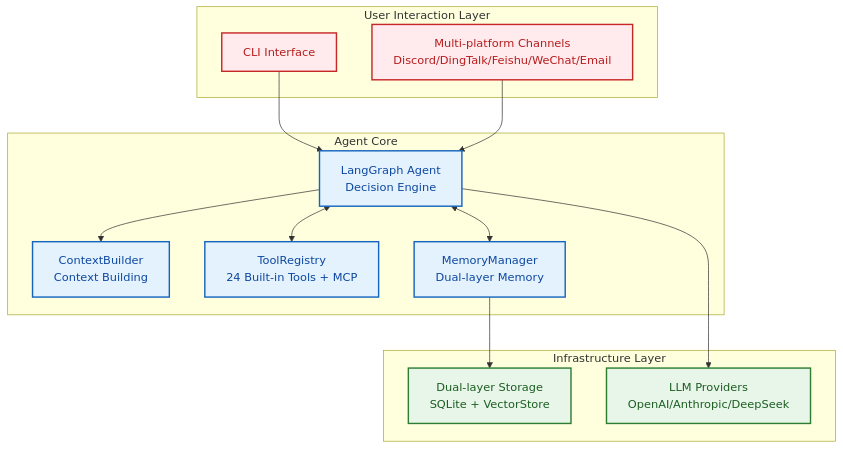
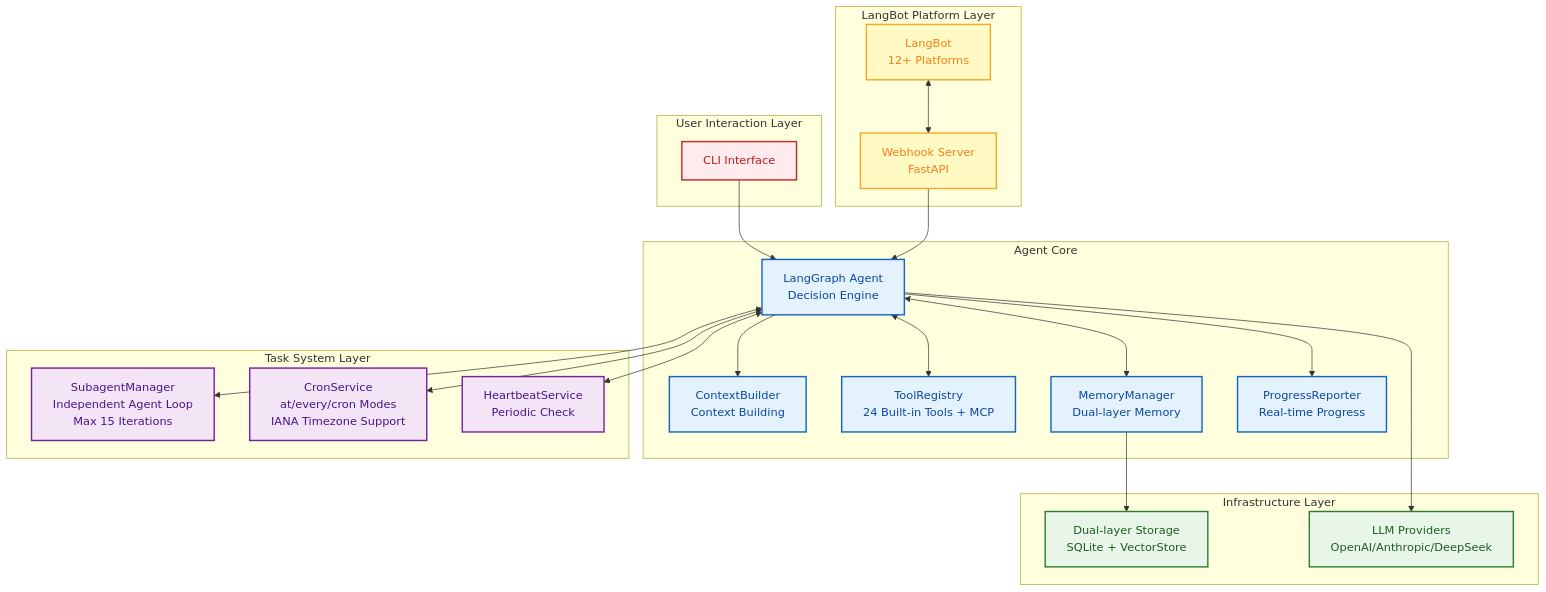
The second of 16 diagrams in README.md (zhangjingyuan177-hue/FinchBot), drawn with Mermaid before and after one commit. The commit also changed other lines of this file and 8 other files, not shown here.

First line of the commit message:
docs: 全面更新文档，反映 CronService 和 SubagentManager 改进

````diff
--- a/README.md
+++ b/README.md
@@ -101,33 +101,51 @@
 ```mermaid
 graph TB
     classDef uiLayer fill:#ffebee,stroke:#c62828,stroke-width:2px,color:#b71c1c;
     classDef coreLayer fill:#e3f2fd,stroke:#1565c0,stroke-width:2px,color:#0d47a1;
+    classDef taskLayer fill:#f3e5f5,stroke:#7b1fa2,stroke-width:2px,color:#4a148c;
     classDef infraLayer fill:#e8f5e9,stroke:#2e7d32,stroke-width:2px,color:#1b5e20;
+    classDef channelLayer fill:#fff9c4,stroke:#f9a825,stroke-width:2px,color:#f57f17;
 
     subgraph UI [User Interaction Layer]
         CLI[CLI Interface]:::uiLayer
-        Channels[Multi-platform Channels<br/>Discord/DingTalk/Feishu/WeChat/Email]:::uiLayer
+    end
+
+    subgraph LangBot [LangBot Platform Layer]
+        Webhook[Webhook Server<br/>FastAPI]:::channelLayer
+        LB[LangBot<br/>12+ Platforms]:::channelLayer
     end
 
     subgraph Core [Agent Core]
         Agent[LangGraph Agent<br/>Decision Engine]:::coreLayer
         Context[ContextBuilder<br/>Context Building]:::coreLayer
         Tools[ToolRegistry<br/>24 Built-in Tools + MCP]:::coreLayer
         Memory[MemoryManager<br/>Dual-layer Memory]:::coreLayer
+        Streaming[ProgressReporter<br/>Real-time Progress]:::coreLayer
+    end
+
+    subgraph Task [Task System Layer]
+        SubagentMgr[SubagentManager<br/>Independent Agent Loop<br/>Max 15 Iterations]:::taskLayer
+        CronSvc[CronService<br/>at/every/cron Modes<br/>IANA Timezone Support]:::taskLayer
+        Heartbeat[HeartbeatService<br/>Periodic Check]:::taskLayer
     end
 
     subgraph Infra [Infrastructure Layer]
         Storage[Dual-layer Storage<br/>SQLite + VectorStore]:::infraLayer
         LLM[LLM Providers<br/>OpenAI/Anthropic/DeepSeek]:::infraLayer
     end
 
     CLI --> Agent
-    Channels --> Agent
+    LB <--> Webhook
+    Webhook --> Agent
 
     Agent --> Context
     Agent <--> Tools
     Agent <--> Memory
+    Agent --> Streaming
+    Agent <--> SubagentMgr
+    Agent <--> CronSvc
+    Agent <--> Heartbeat
 
     Memory --> Storage
     Agent --> LLM
 ```
````
